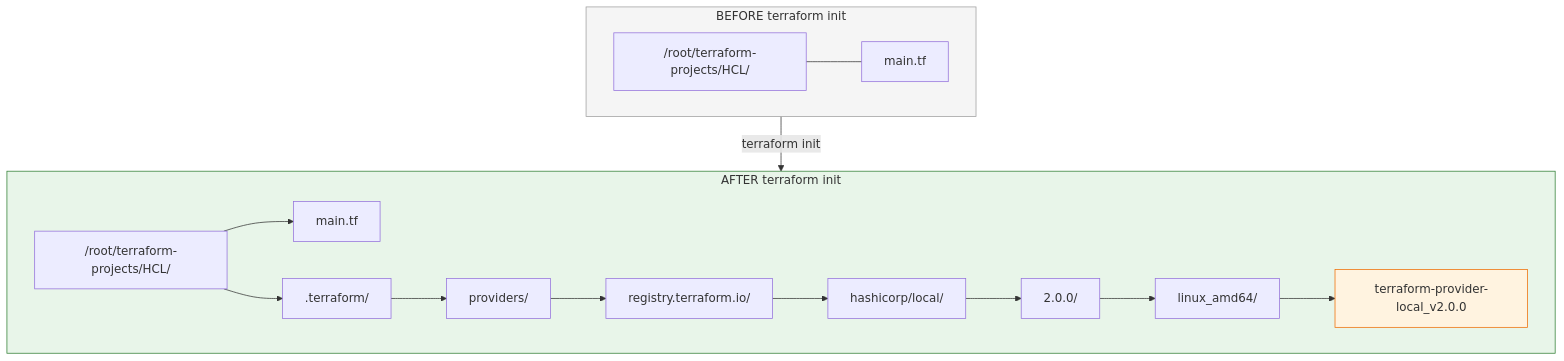
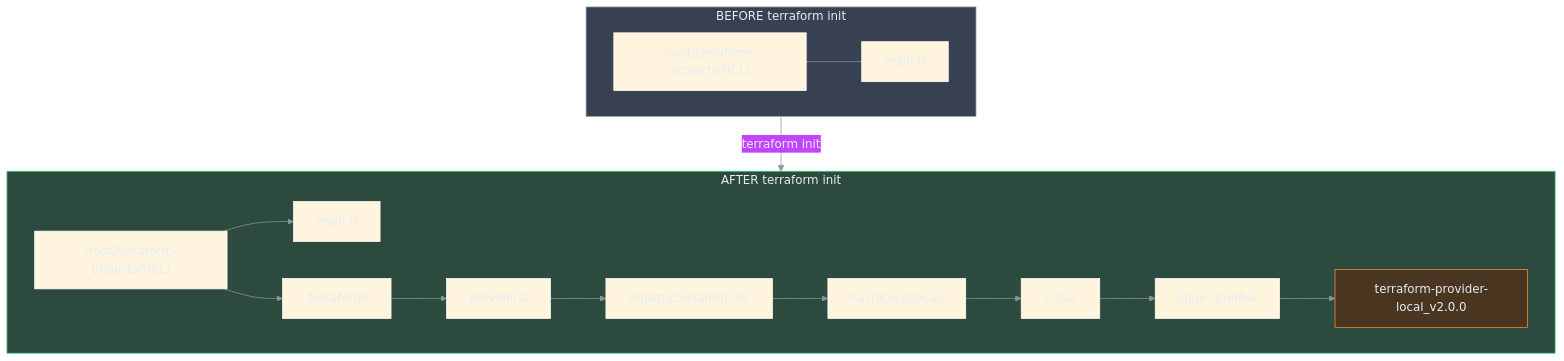
Before and after one commit to nirajp82/Terraform_Basics: the seventh of 9 diagrams in 04_Core_Terraform_Basics/01_Terraform_Provider.md, drawn with Mermaid. The commit also changed other lines of this file and 1 other file, not shown here.

Commit message:
Update Diagram

````diff
--- a/04_Core_Terraform_Basics/01_Terraform_Provider.md
+++ b/04_Core_Terraform_Basics/01_Terraform_Provider.md
@@ -200,35 +218,39 @@
 ```mermaid
+%%{init: {'theme': 'base', 'themeVariables': {'darkMode': true, 'background': 'transparent', 'primaryTextColor': '#e6edf3', 'lineColor': '#8b949e', 'clusterBkg': '#161b22', 'clusterBorder': '#30363d'}}}%%
 flowchart TD
     subgraph BEFORE["BEFORE terraform init"]
         B1["/root/terraform-projects/HCL/"]
         B2["main.tf"]
         B1 --- B2
     end
 
     subgraph AFTER["AFTER terraform init"]
         A1["/root/terraform-projects/HCL/"]
         A2["main.tf"]
         A3[".terraform/"]
         A4["providers/"]
         A5["registry.terraform.io/"]
         A6["hashicorp/local/"]
         A7["2.0.0/"]
         A8["linux_amd64/"]
         A9["terraform-provider-local_v2.0.0"]
 
         A1 --> A2
         A1 --> A3
         A3 --> A4
         A4 --> A5
         A5 --> A6
         A6 --> A7
         A7 --> A8
         A8 --> A9
     end
 
     BEFORE -->|"terraform init"| AFTER
 
-    style BEFORE fill:#f5f5f5,stroke:#9e9e9e
-    style AFTER fill:#e8f5e9,stroke:#2e7d32
-    style A9 fill:#fff3e0,stroke:#ef6c00
+    classDef neutral fill:#374151,stroke:#9ca3af,color:#e6edf3
+    classDef success fill:#2d4a3e,stroke:#4ade80,color:#e6edf3
+    classDef warn fill:#4a3520,stroke:#fb923c,color:#e6edf3
+    class BEFORE neutral
+    class AFTER success
+    class A9 warn
 ```
````
